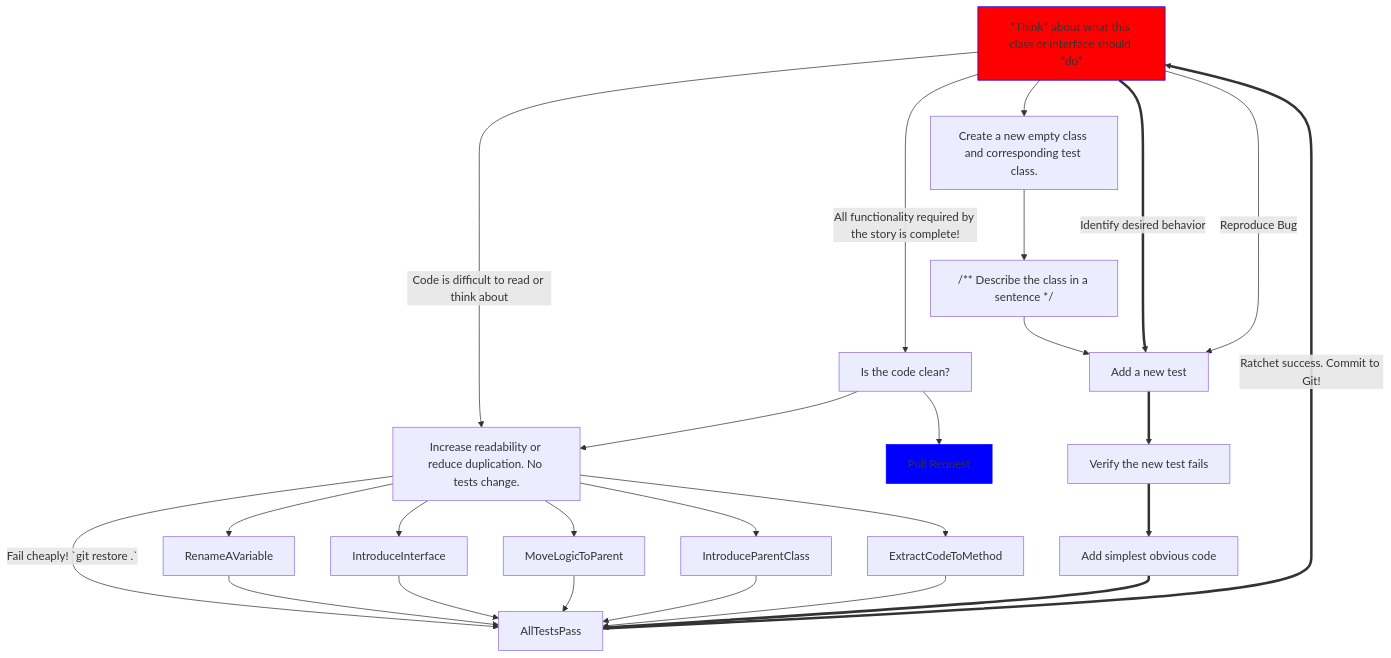
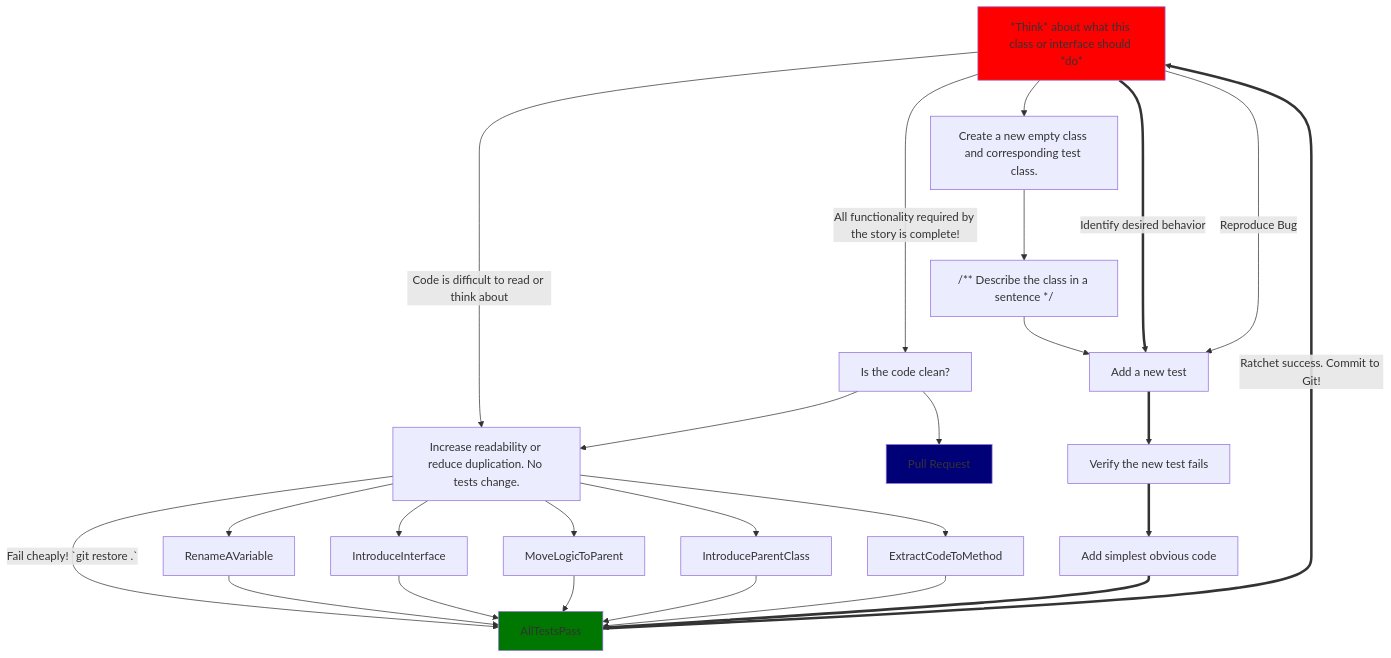
Before and after one commit to Billy-Spearman-WCCI/RaceCarExtension: the third of 5 diagrams in README.md, drawn with Mermaid.

Commit message:
More colors

````diff
--- a/README.md
+++ b/README.md
@@ -909,31 +909,33 @@
 ```mermaid
 graph TB;
 Think-->|Code is difficult to read or think about|MakeImprovements["Increase readability or reduce duplication. No tests change."]
-classDef thinkStyle fill:#f00,stroke:#00f
+classDef thinkStyle fill:#f00
+classDef pullRequestStyle fill:#007
+classDef allTestsPassStyle fill:#070
 class Think thinkStyle;
 Think-->CreateANewClass["Create a new empty class and corresponding test class."]
 CreateANewClass-->DescribeANewClass["/** Describe the class in a sentence */"]
 DescribeANewClass-->AddATestToAnExistingTestClass
 Think==>|Identify desired behavior|AddATestToAnExistingTestClass["Add a new test"]
 Think-->|Reproduce Bug|AddATestToAnExistingTestClass
 Think-->|"All functionality required by the story is complete!"|CodeDone["Is the code clean?"]
 CodeDone-->PullRequest["Pull Request"]
-classDef pullRequestStyle fill:#00f,stroke:#00f
 class PullRequest pullRequestStyle;
 CodeDone-->MakeImprovements
 AddATestToAnExistingTestClass==>NewTestFails["Verify the new test fails"]
 AllTestsPass==>|"Ratchet success. Commit to Git!"|Think["*Think* about what this class or interface should *do*"]
+class AllTestsPass allTestsPassStyle;
 MakeImprovements-->|"Fail cheaply! `git restore .`"|AllTestsPass
 MakeImprovements-->RenameAVariable
 RenameAVariable-->AllTestsPass
 MakeImprovements-->IntroduceInterface
 IntroduceInterface-->AllTestsPass
 MakeImprovements-->MoveLogicToParent
 MoveLogicToParent-->AllTestsPass
 MakeImprovements-->IntroduceParentClass
 IntroduceParentClass-->AllTestsPass
 MakeImprovements-->ExtractCodeToMethod
 ExtractCodeToMethod-->AllTestsPass
 NewTestFails==>WriteCode["Add simplest obvious code"]
 WriteCode==>AllTestsPass
 ```
````
